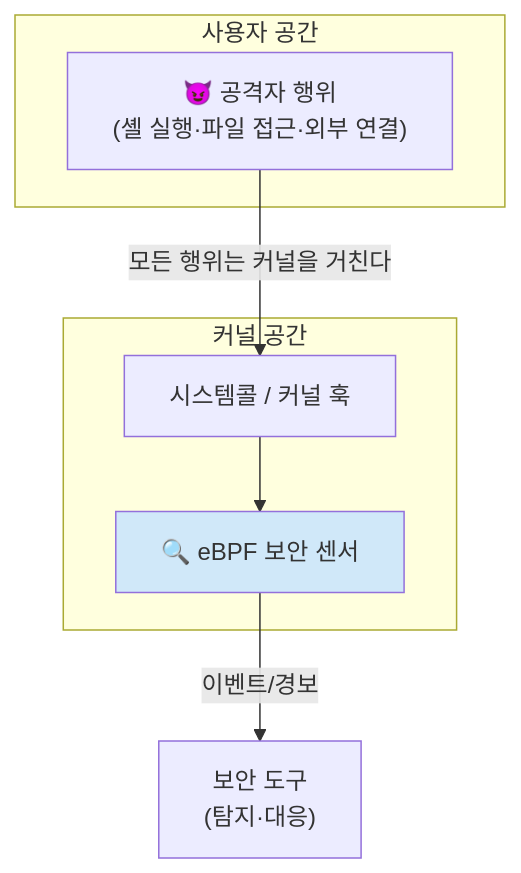
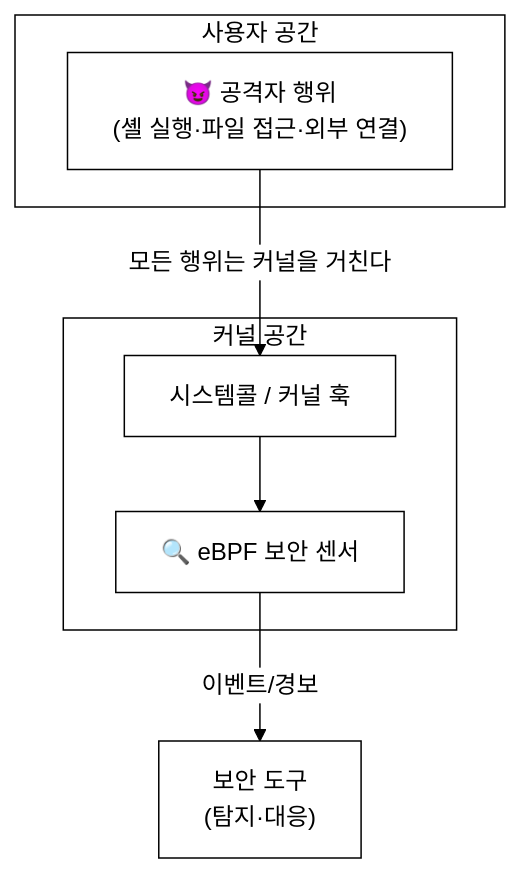
One commit to iamywl/ebpf-lab changed the first of 8 diagrams in docs/lecture/13주차_eBPF_보안_LSM_Falco_Tetragon.md. Above: the diagram before and after it, drawn with Mermaid. The commit also changed other lines of this file and 33 other files, not shown here.

First line of the commit message:
강의자료: 다이어그램 흑백(논문 스타일) 통일 + 실제 실행 스크린샷 삽입

````diff
--- a/docs/lecture/13주차_eBPF_보안_LSM_Falco_Tetragon.md
+++ b/docs/lecture/13주차_eBPF_보안_LSM_Falco_Tetragon.md
@@ -19,14 +19,15 @@
 ```mermaid
+%%{init: {"theme":"base","themeVariables":{"background":"#ffffff","primaryColor":"#ffffff","primaryBorderColor":"#000000","primaryTextColor":"#000000","secondaryColor":"#ffffff","secondaryBorderColor":"#000000","secondaryTextColor":"#000000","tertiaryColor":"#ffffff","tertiaryBorderColor":"#000000","tertiaryTextColor":"#000000","lineColor":"#000000","textColor":"#000000","mainBkg":"#ffffff","secondBkg":"#ffffff","clusterBkg":"#ffffff","clusterBorder":"#000000","edgeLabelBackground":"#ffffff","nodeBorder":"#000000","defaultLinkColor":"#000000","titleColor":"#000000","actorBkg":"#ffffff","actorBorder":"#000000","actorTextColor":"#000000","actorLineColor":"#000000","signalColor":"#000000","signalTextColor":"#000000","labelBoxBkgColor":"#ffffff","labelBoxBorderColor":"#000000","labelTextColor":"#000000","loopTextColor":"#000000","noteBkgColor":"#ffffff","noteBorderColor":"#000000","noteTextColor":"#000000","activationBkgColor":"#ffffff","activationBorderColor":"#000000","sequenceNumberColor":"#000000","cScale0":"#ffffff","cScale1":"#ffffff","cScale2":"#ffffff","cScale3":"#ffffff","cScale4":"#ffffff","cScale5":"#ffffff","cScale6":"#ffffff","cScale7":"#ffffff","cScale8":"#ffffff","cScale9":"#ffffff","cScale10":"#ffffff","cScale11":"#ffffff","cScaleLabel0":"#000000","cScaleLabel1":"#000000","cScaleLabel2":"#000000","cScaleLabel3":"#000000","cScaleLabel4":"#000000","cScaleLabel5":"#000000","cScaleLabel6":"#000000","cScaleLabel7":"#000000","cScaleLabel8":"#000000","cScaleLabel9":"#000000","cScaleLabel10":"#000000","cScaleLabel11":"#000000","pie1":"#ffffff","pie2":"#eeeeee","pie3":"#dddddd","pie4":"#cccccc","fontFamily":"Georgia, serif"}}}%%
 flowchart TB
     subgraph U["사용자 공간"]
         ATT["😈 공격자 행위\n(셸 실행·파일 접근·외부 연결)"]
     end
     subgraph K["커널 공간"]
         SYS["시스템콜 / 커널 훅"]
         EBPF["🔍 eBPF 보안 센서"]
         SYS --> EBPF
     end
     ATT -->|"모든 행위는 커널을 거친다"| SYS
     EBPF -->|"이벤트/경보"| SEC["보안 도구\n(탐지·대응)"]
-    style EBPF fill:#d0e8f9
+    style EBPF fill:#ffffff
 ```
````
